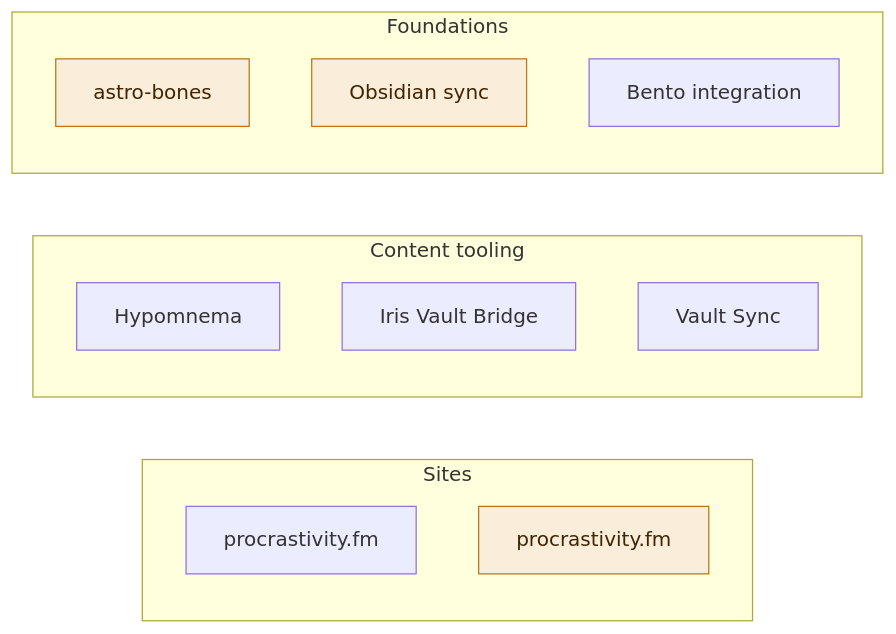
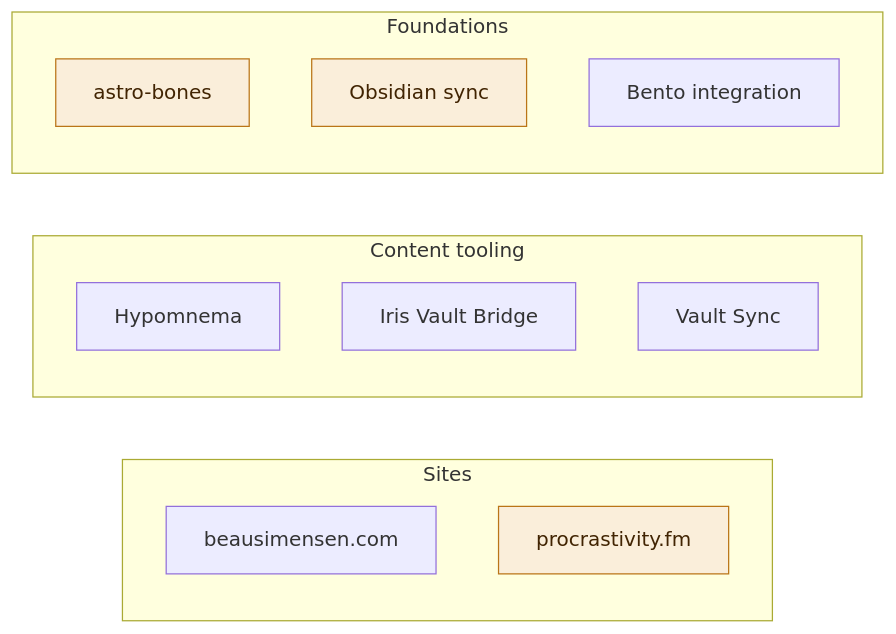
One commit to simensen/beausimensen-com-content changed the diagram in pages/now.md. Above: the diagram before and after it, drawn with Mermaid.

Commit message:
sync 2026-05-25T02:46:18Z

````diff
--- a/pages/now.md
+++ b/pages/now.md
@@ -12,24 +12,24 @@
 ```mermaid
 flowchart LR
     subgraph Sites
-        beausimensen[procrastivity.fm]
+        beausimensen[beausimensen.com]
         procrastivity[procrastivity.fm]
     end
 
     subgraph "Content tooling"
         hypomnema[Hypomnema]
         bridge[Iris Vault Bridge]
         vsync[Vault Sync]
     end
 
     subgraph Foundations
         bones[astro-bones]
         sync[Obsidian sync]
         bento[Bento integration]
     end
 
     classDef shipped fill:#EAF3DE,stroke:#639922,color:#173404
     classDef active fill:#FAEEDA,stroke:#BA7517,color:#412402
     class gethmn shipped
     class procrastivity,bones,sync active
 ```
````
